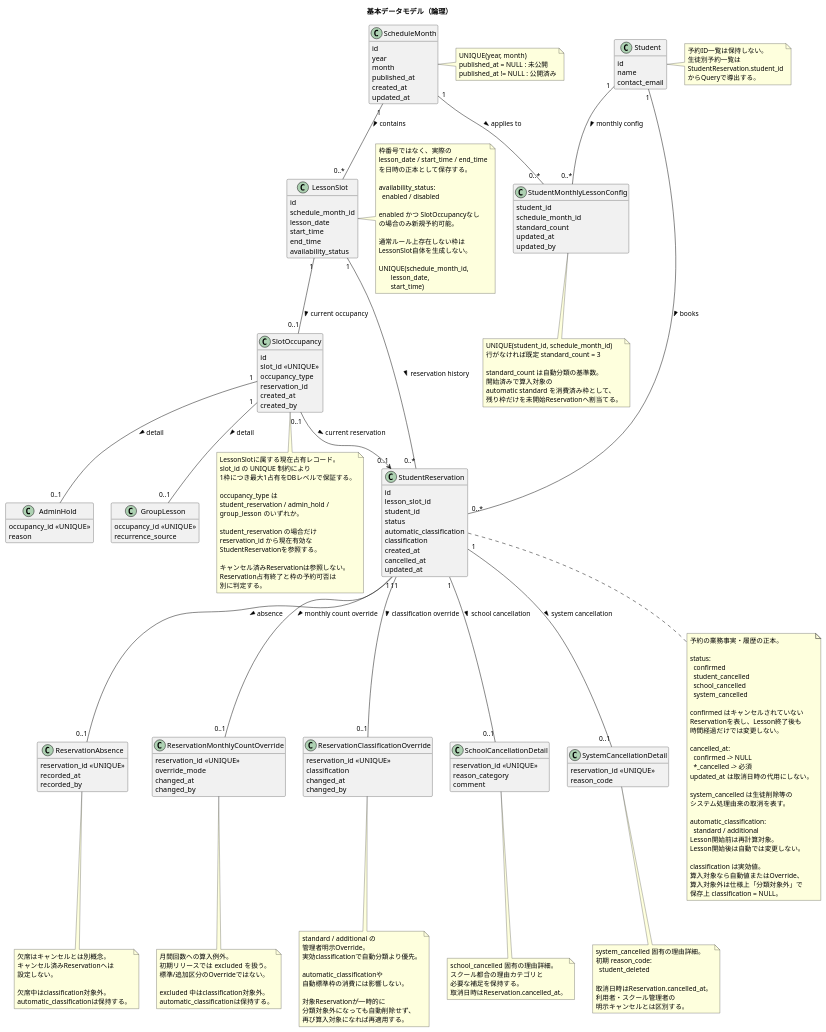
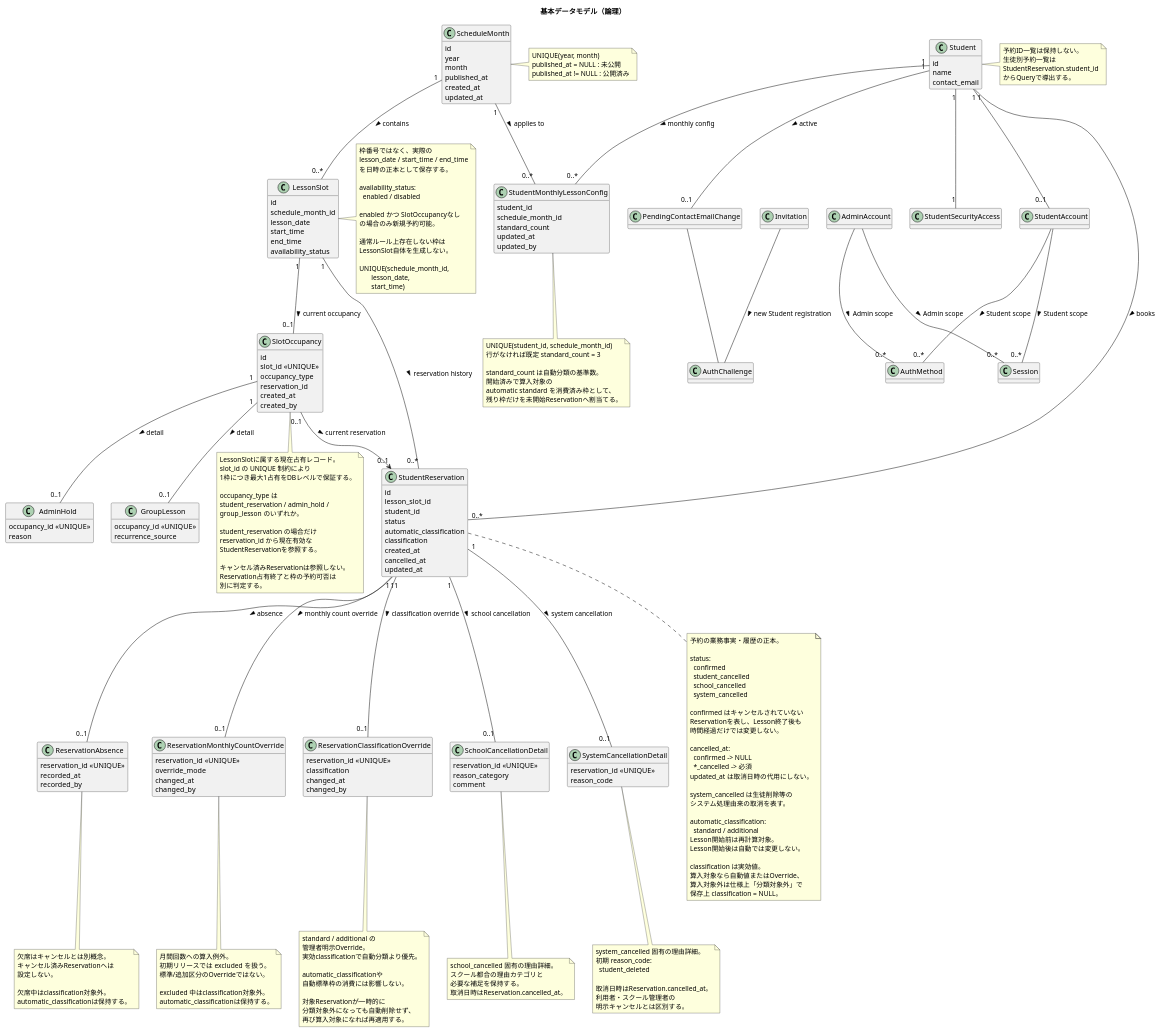
The diagram in docs/diagrams/plantuml/data-model-overview.puml (suzukure/nssscdl), drawn with PlantUML before and after one commit. The commit also changed 2 other files, not shown here.

Commit message:
[基本設計整合] 認証・Account主要概念とData Model図のスコープを同期する (#582)
* Implement #561 with Codex

* Render PlantUML diagrams [skip ci]

* Implement #561 with Codex

* Render PlantUML diagrams [skip ci]

* Prepare #561 for review

---------

```diff
--- a/docs/diagrams/plantuml/data-model-overview.puml
+++ b/docs/diagrams/plantuml/data-model-overview.puml
@@ -10,6 +10,15 @@
   name
   contact_email
 }
+
+class StudentAccount
+class AdminAccount
+class AuthMethod
+class Session
+class AuthChallenge
+class Invitation
+class PendingContactEmailChange
+class StudentSecurityAccess
 
 class ScheduleMonth {
   id
@@ -98,6 +107,16 @@
   occupancy_id <<UNIQUE>>
   recurrence_source
 }
+
+Student "1" -- "0..1" StudentAccount
+StudentAccount -- "0..*" AuthMethod : Student scope >
+StudentAccount -- "0..*" Session : Student scope >
+AdminAccount -- "0..*" AuthMethod : Admin scope >
+AdminAccount -- "0..*" Session : Admin scope >
+Student "1" -- "1" StudentSecurityAccess
+Student "1" -- "0..1" PendingContactEmailChange : active >
+PendingContactEmailChange -- AuthChallenge
+Invitation -- AuthChallenge : new Student registration >
 
 ScheduleMonth "1" -- "0..*" LessonSlot : contains >
 Student "1" -- "0..*" StudentReservation : books >
```
